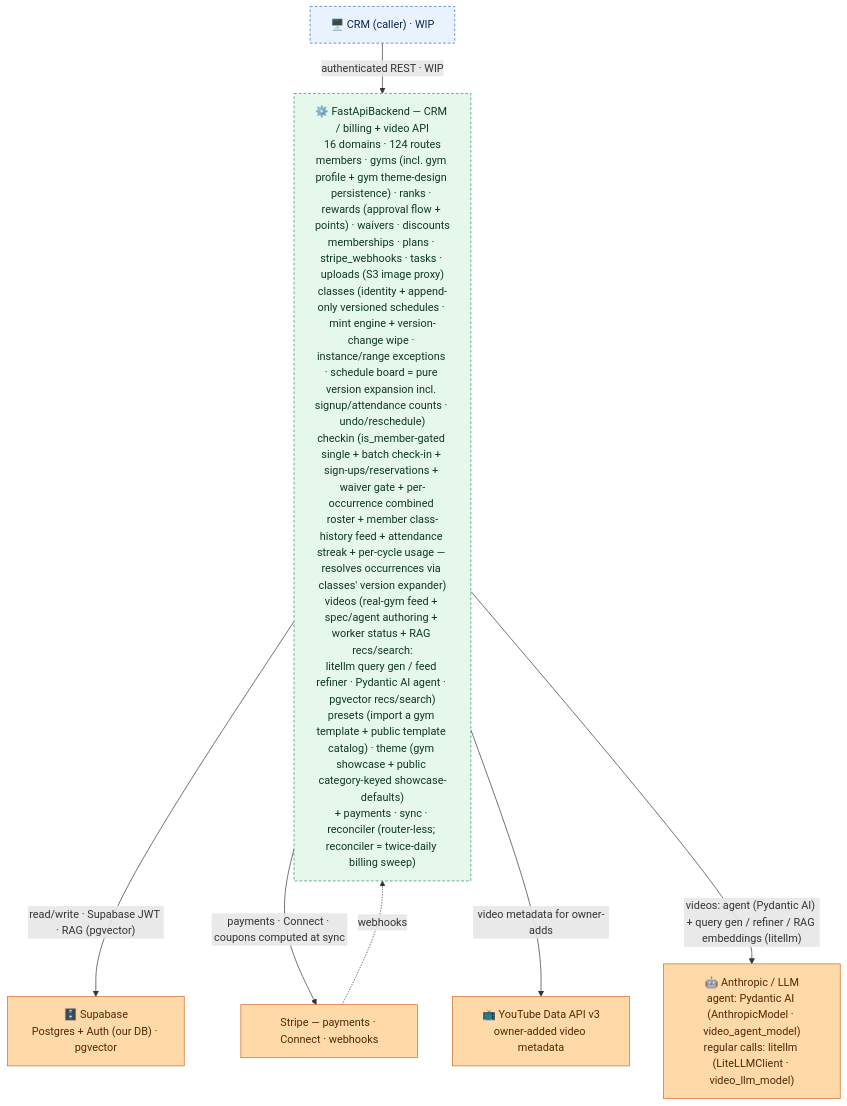
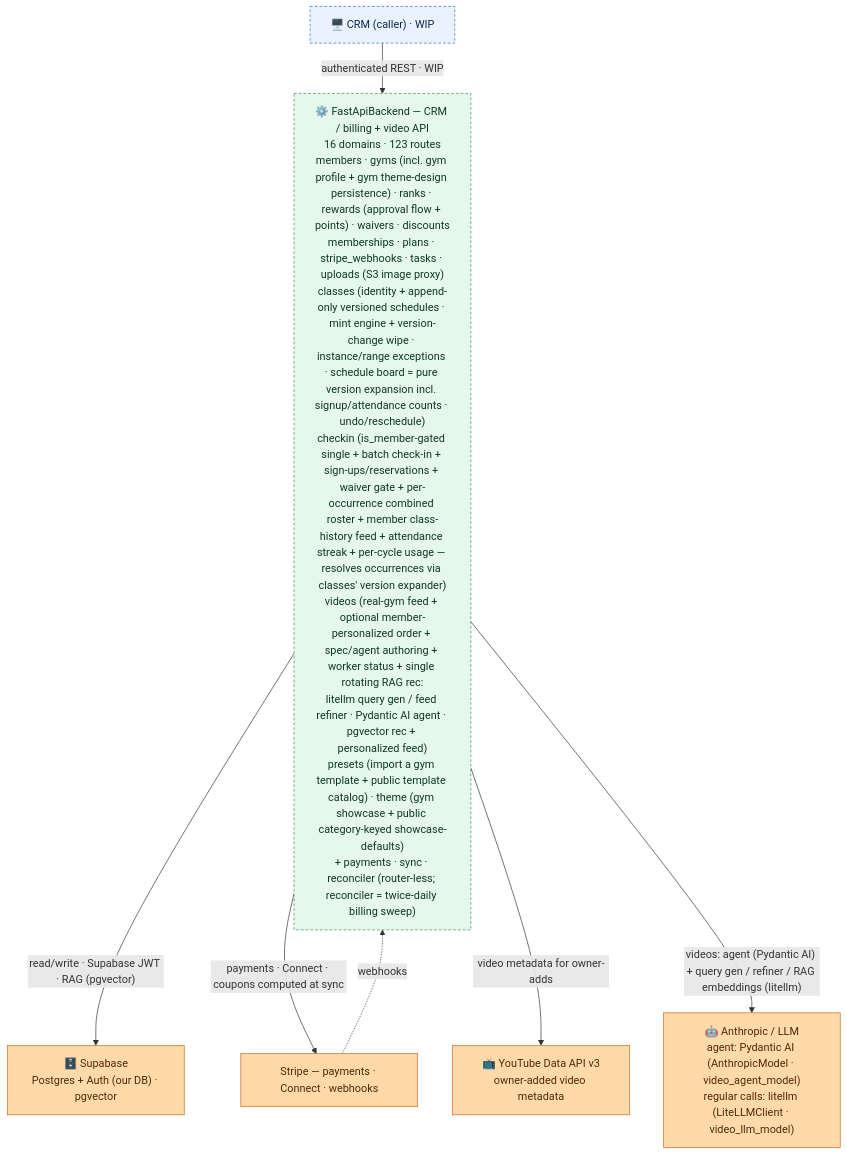
One commit to jesse51002/CombatDen changed the diagram in FastApiBackend/README.md. Above: the diagram before and after it, drawn with Mermaid. The commit also changed other lines of this file and 23 other files, not shown here.

First line of the commit message:
FastApiBackend: simplify video RAG read surface

````diff
--- a/FastApiBackend/README.md
+++ b/FastApiBackend/README.md
@@ -16,23 +16,23 @@
 ```mermaid
 flowchart TB
   CRM["🖥️ CRM (caller) · WIP"]
-  FB["⚙️ FastApiBackend — CRM / billing + video API<br/>16 domains · 124 routes<br/>members · gyms (incl. gym profile + gym theme-design persistence) · ranks · rewards (approval flow + points) · waivers · discounts<br/>memberships · plans · stripe_webhooks · tasks · uploads (S3 image proxy)<br/>classes (identity + append-only versioned schedules · mint engine + version-change wipe · instance/range exceptions · schedule board = pure version expansion incl. signup/attendance counts · undo/reschedule)<br/>checkin (is_member-gated single + batch check-in + sign-ups/reservations + waiver gate + per-occurrence combined roster + member class-history feed + attendance streak + per-cycle usage — resolves occurrences via classes' version expander)<br/>videos (real-gym feed + spec/agent authoring + worker status + RAG recs/search:<br/>litellm query gen / feed refiner · Pydantic AI agent · pgvector recs/search)<br/>presets (import a gym template + public template catalog) · theme (gym showcase + public category-keyed showcase-defaults)<br/>+ payments · sync · reconciler (router-less; reconciler = twice-daily billing sweep)"]
+  FB["⚙️ FastApiBackend — CRM / billing + video API<br/>16 domains · 123 routes<br/>members · gyms (incl. gym profile + gym theme-design persistence) · ranks · rewards (approval flow + points) · waivers · discounts<br/>memberships · plans · stripe_webhooks · tasks · uploads (S3 image proxy)<br/>classes (identity + append-only versioned schedules · mint engine + version-change wipe · instance/range exceptions · schedule board = pure version expansion incl. signup/attendance counts · undo/reschedule)<br/>checkin (is_member-gated single + batch check-in + sign-ups/reservations + waiver gate + per-occurrence combined roster + member class-history feed + attendance streak + per-cycle usage — resolves occurrences via classes' version expander)<br/>videos (real-gym feed + optional member-personalized order + spec/agent authoring + worker status + single rotating RAG rec:<br/>litellm query gen / feed refiner · Pydantic AI agent · pgvector rec + personalized feed)<br/>presets (import a gym template + public template catalog) · theme (gym showcase + public category-keyed showcase-defaults)<br/>+ payments · sync · reconciler (router-less; reconciler = twice-daily billing sweep)"]
   Supabase["🗄️ Supabase<br/>Postgres + Auth (our DB) · pgvector"]
   Stripe["Stripe — payments · Connect · webhooks"]
   YouTube["📺 YouTube Data API v3<br/>owner-added video metadata"]
   LLMProvider["🤖 Anthropic / LLM<br/>agent: Pydantic AI (AnthropicModel · video_agent_model)<br/>regular calls: litellm (LiteLLMClient · video_llm_model)"]
   CRM -->|"authenticated REST · WIP"| FB
   FB -->|"read/write · Supabase JWT · RAG (pgvector)"| Supabase
   FB -->|"payments · Connect · coupons computed at sync"| Stripe
   Stripe -.->|"webhooks"| FB
   FB -->|"video metadata for owner-adds"| YouTube
   FB -->|"videos: agent (Pydantic AI) + query gen / refiner / RAG embeddings (litellm)"| LLMProvider
   classDef client fill:#eaf2ff,stroke:#2f6fb0,color:#0b2942;
   classDef svc fill:#e6f7ec,stroke:#2f8f53,color:#0c3a1f;
   classDef ext fill:#ffd9a8,stroke:#d2691e,color:#4a2c08;
   class CRM client;
   class FB svc;
   class Supabase,Stripe,YouTube,LLMProvider ext;
   style CRM stroke-dasharray:4 3;
   style FB stroke-dasharray:4 3;
 ```
````
